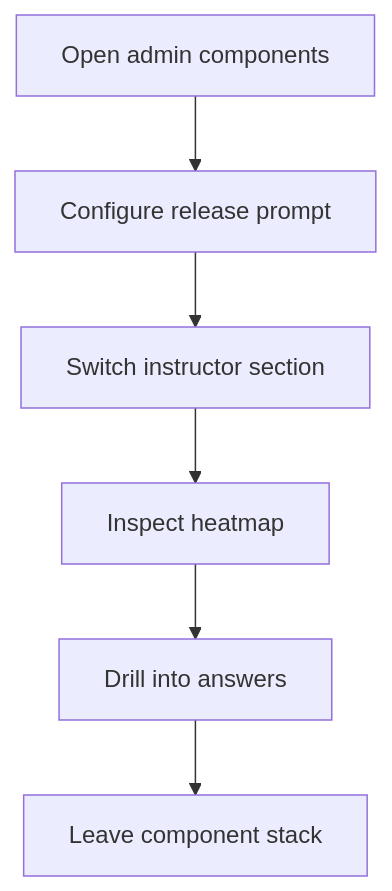
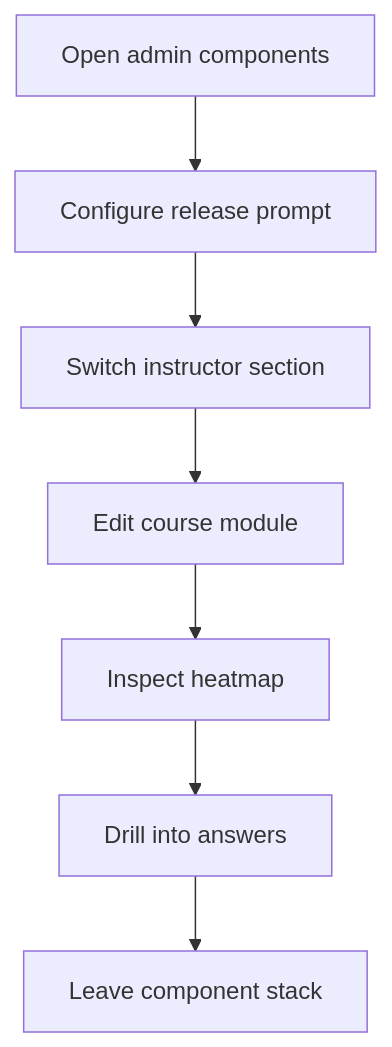
Before and after one commit to JohnAndrewBalbarosa/NeoTerritory: the diagram in docs/Codebase/Frontend/src/admin/components/README.md, drawn with Mermaid. The commit also changed other lines of this file and 37 other files, not shown here.

````diff
--- a/docs/Codebase/Frontend/src/admin/components/README.md
+++ b/docs/Codebase/Frontend/src/admin/components/README.md
@@ -20,10 +21,11 @@
 ```mermaid
 flowchart TD
     Start["Open admin components"]
     N0["Configure release prompt"]
     N1["Switch instructor section"]
-    N2["Inspect heatmap"]
-    N3["Drill into answers"]
+    N2["Edit course module"]
+    N3["Inspect heatmap"]
+    N4["Drill into answers"]
     End["Leave component stack"]
-    Start --> N0 --> N1 --> N2 --> N3 --> End
+    Start --> N0 --> N1 --> N2 --> N3 --> N4 --> End
 ```
````
